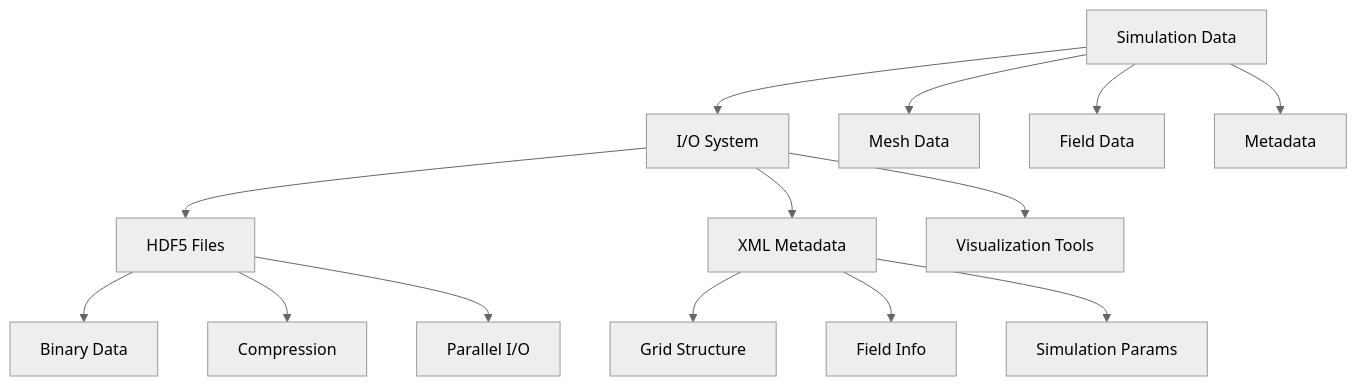
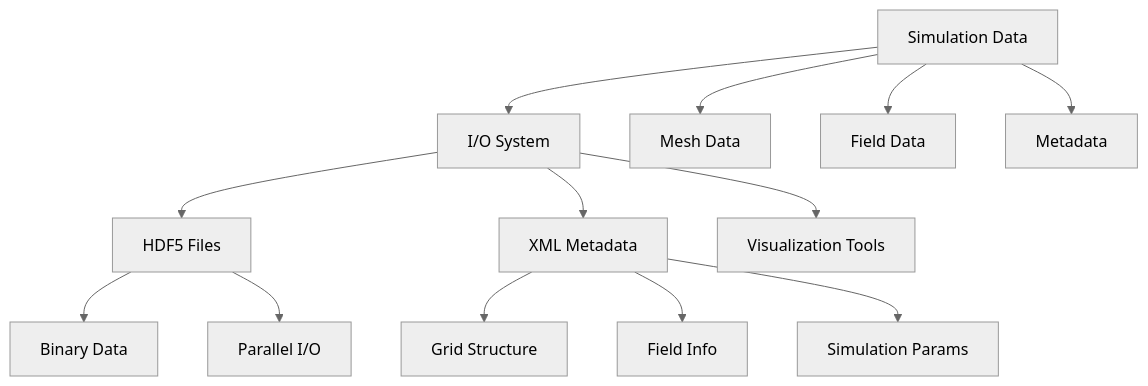
One commit to sbstndb/samurai changed the first of 4 diagrams in docs/io_system.md. Above: the diagram before and after it, drawn with Mermaid (neutral theme). The commit also changed other lines of this file and 11 other files, not shown here.

````diff
--- a/docs/io_system.md
+++ b/docs/io_system.md
@@ -11,19 +11,18 @@
 ```mermaid
 graph TB
     A[Simulation Data] --> B[I/O System]
     B --> C[HDF5 Files]
     B --> D[XML Metadata]
     B --> E[Visualization Tools]
     
     A --> A1[Mesh Data]
     A --> A2[Field Data]
     A --> A3[Metadata]
     
     C --> C1[Binary Data]
-    C --> C2[Compression]
-    C --> C3[Parallel I/O]
+    C --> C2[Parallel I/O]
     
     D --> D1[Grid Structure]
     D --> D2[Field Info]
     D --> D3[Simulation Params]
 ```
````
